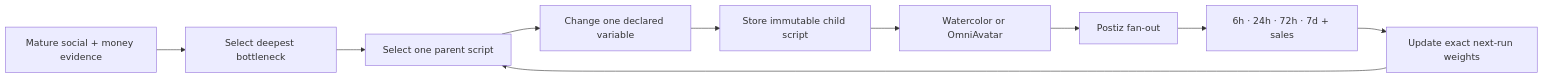
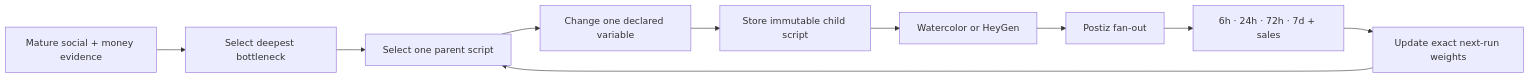
Before and after one commit to Daisuke134/anicca: the second of 3 diagrams in specs/28-EBOOK-SELLER-DUAL-MONK-LOOPS.md, drawn with Mermaid. The commit also changed other lines of this file and 1 other file, not shown here.

````diff
--- a/specs/28-EBOOK-SELLER-DUAL-MONK-LOOPS.md
+++ b/specs/28-EBOOK-SELLER-DUAL-MONK-LOOPS.md
@@ -135,12 +135,12 @@
 ```mermaid
 flowchart LR
     Evidence[Mature social + money evidence] --> Bottleneck[Select deepest bottleneck]
     Bottleneck --> Parent[Select one parent script]
     Parent --> Mutation[Change one declared variable]
     Mutation --> Script[Store immutable child script]
-    Script --> Render[Watercolor or OmniAvatar]
+    Script --> Render[Watercolor or HeyGen]
     Render --> Publish[Postiz fan-out]
     Publish --> Measure[6h · 24h · 72h · 7d + sales]
     Measure --> Weights[Update exact next-run weights]
     Weights --> Parent
 ```
````
